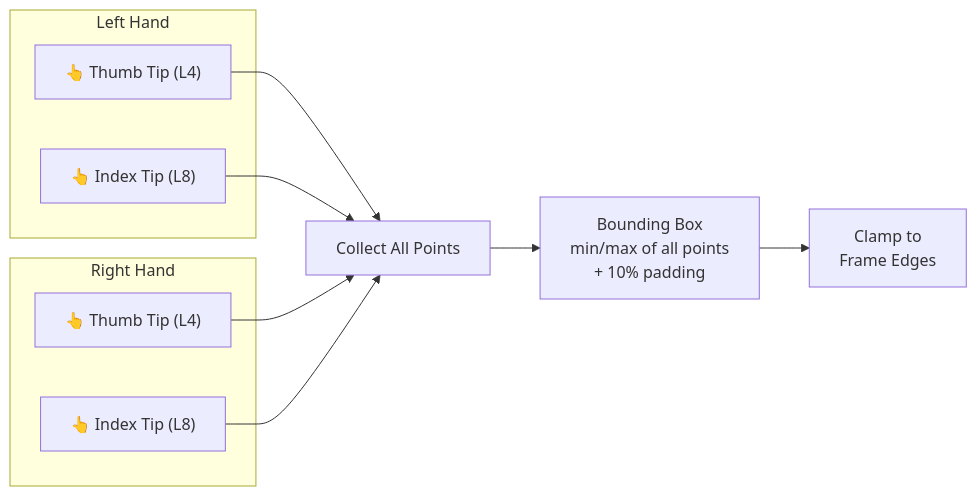
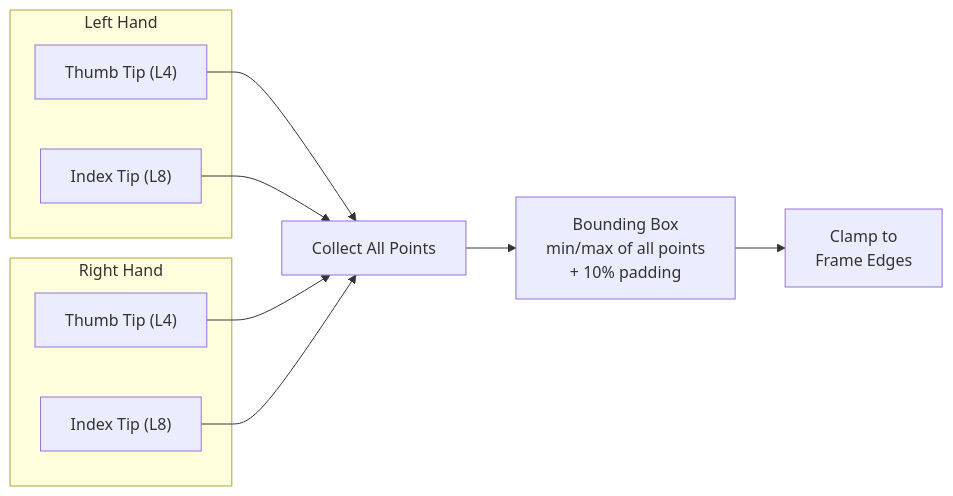
Before and after one commit to RenjiroEgan/Gridcam: the second of 3 diagrams in README.md, drawn with Mermaid. The commit also changed other lines of this file and 2 other files, not shown here.

````diff
--- a/README.md
+++ b/README.md
@@ -48,16 +40,16 @@
 ```mermaid
 flowchart LR
     subgraph Hand1["Left Hand"]
-        T1["👆 Thumb Tip (L4)"]
-        I1["👆 Index Tip (L8)"]
+        T1["Thumb Tip (L4)"]
+        I1["Index Tip (L8)"]
     end
 
     subgraph Hand2["Right Hand"]
-        T2["👆 Thumb Tip (L4)"]
-        I2["👆 Index Tip (L8)"]
+        T2["Thumb Tip (L4)"]
+        I2["Index Tip (L8)"]
     end
 
     T1 & I1 & T2 & I2 --> Collect["Collect All Points"]
     Collect --> BBox["Bounding Box\nmin/max of all points\n+ 10% padding"]
     BBox --> Clamp["Clamp to\nFrame Edges"]
 ```
````
